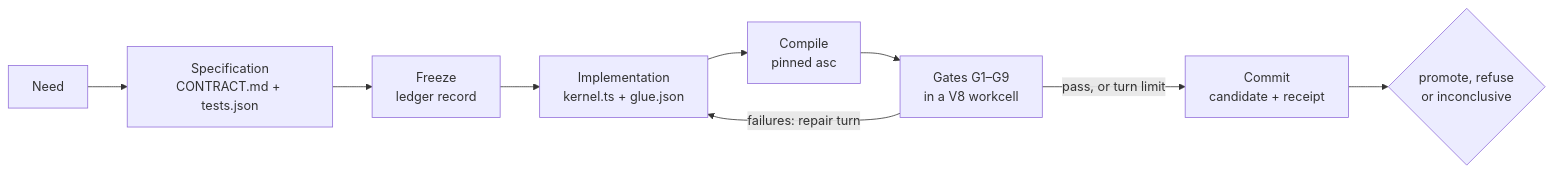
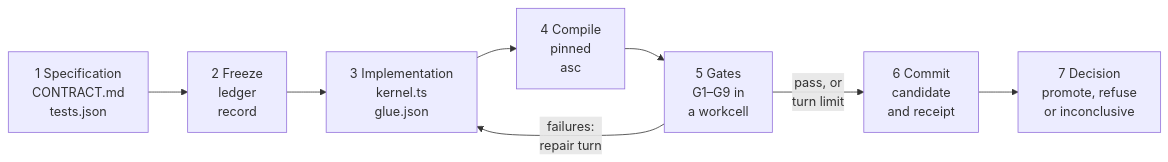
Before and after one commit to Akilleez-QA/endoforge: the diagram in docs/architecture/candidate-loop.md, drawn with Mermaid.

Commit message:
Candidate loop: compact numbered diagram matching the steps

````diff
--- a/docs/architecture/candidate-loop.md
+++ b/docs/architecture/candidate-loop.md
@@ -10,11 +10,10 @@
 ```mermaid
 flowchart LR
-  need["Need"] --> spec["Specification<br/>CONTRACT.md + tests.json"]
-  spec --> freeze["Freeze<br/>ledger record"]
-  freeze --> impl["Implementation<br/>kernel.ts + glue.json"]
-  impl --> compile["Compile<br/>pinned asc"]
-  compile --> gates["Gates G1–G9<br/>in a V8 workcell"]
-  gates -- "failures: repair turn" --> impl
-  gates -- "pass, or turn limit" --> commit["Commit<br/>candidate + receipt"]
-  commit --> decision{"promote, refuse<br/>or inconclusive"}
+  spec["1 Specification<br/>CONTRACT.md<br/>tests.json"] --> freeze["2 Freeze<br/>ledger<br/>record"]
+  freeze --> impl["3 Implementation<br/>kernel.ts<br/>glue.json"]
+  impl --> compile["4 Compile<br/>pinned<br/>asc"]
+  compile --> gates["5 Gates<br/>G1–G9 in<br/>a workcell"]
+  gates -- "failures:<br/>repair turn" --> impl
+  gates -- "pass, or<br/>turn limit" --> commit["6 Commit<br/>candidate<br/>and receipt"]
+  commit --> decision["7 Decision<br/>promote, refuse<br/>or inconclusive"]
 ```
````
